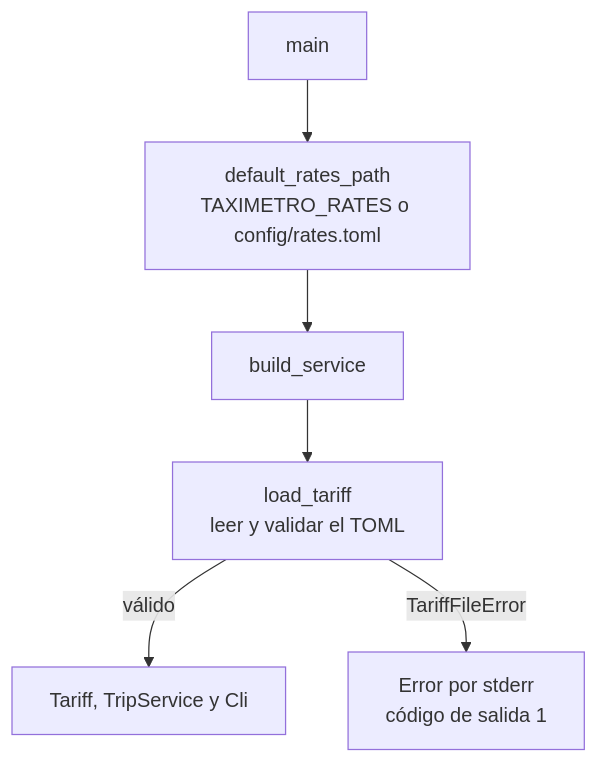
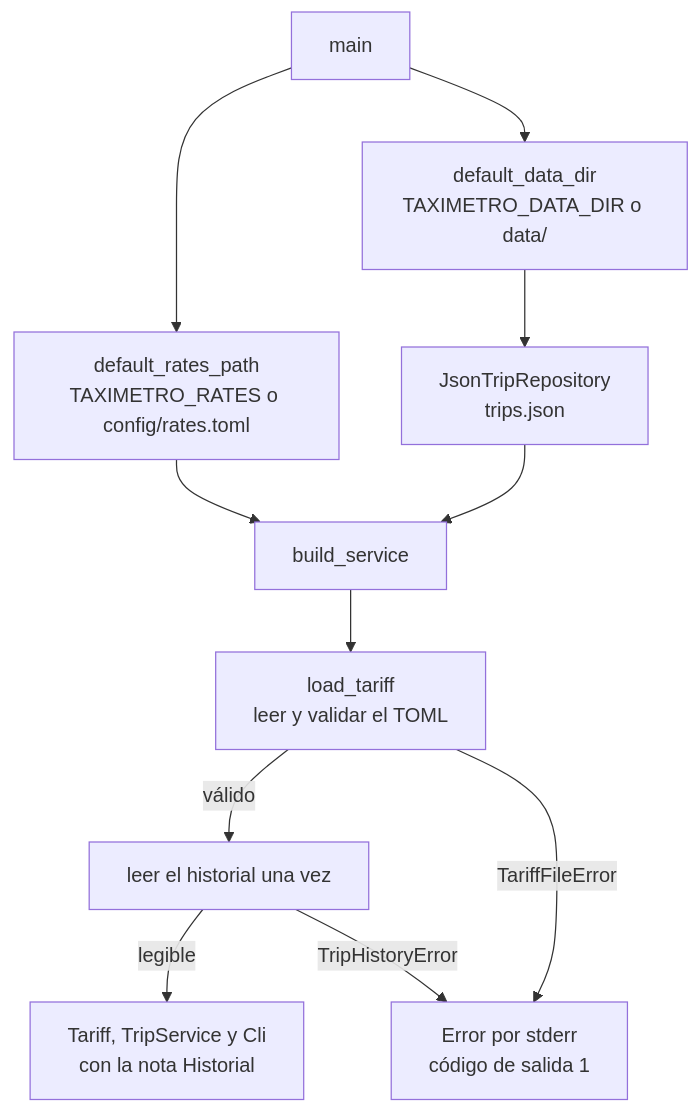
One commit to josegalindo-aidev/F5-project-py-taximetro changed the fourth of 4 diagrams in docs/architecture.md. Above: the diagram before and after it, drawn with Mermaid. The commit also changed other lines of this file and 3 other files, not shown here.

````diff
--- a/docs/architecture.md
+++ b/docs/architecture.md
@@ -288,8 +342,13 @@
 ```mermaid
 flowchart TD
     A["main"] --> B["default_rates_path<br/>TAXIMETRO_RATES o config/rates.toml"]
+    A --> G["default_data_dir<br/>TAXIMETRO_DATA_DIR o data/"]
+    G --> H["JsonTripRepository<br/>trips.json"]
     B --> C["build_service"]
+    H --> C
     C --> D["load_tariff<br/>leer y validar el TOML"]
-    D -->|válido| E["Tariff, TripService y Cli"]
+    D -->|válido| I["leer el historial una vez"]
+    I -->|legible| E["Tariff, TripService y Cli<br/>con la nota Historial"]
     D -->|TariffFileError| F["Error por stderr<br/>código de salida 1"]
+    I -->|TripHistoryError| F
 ```
````
